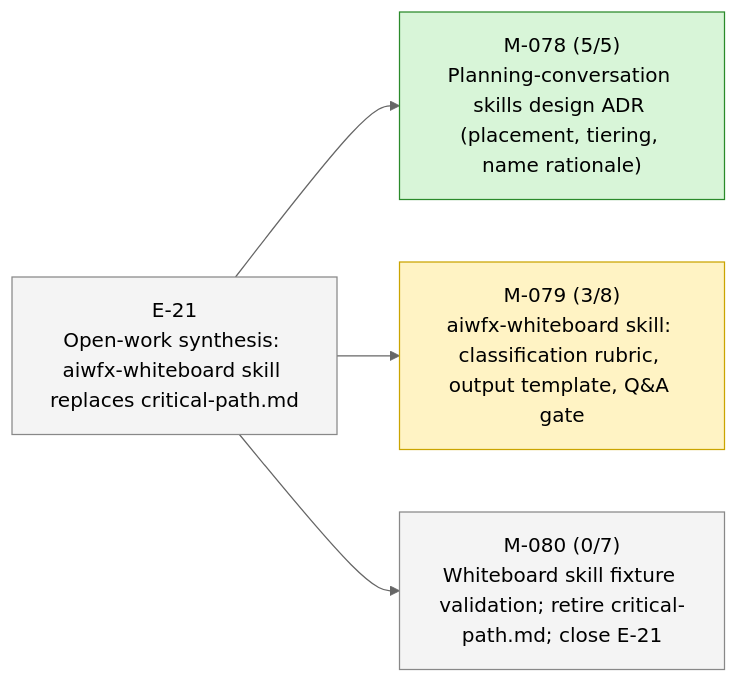
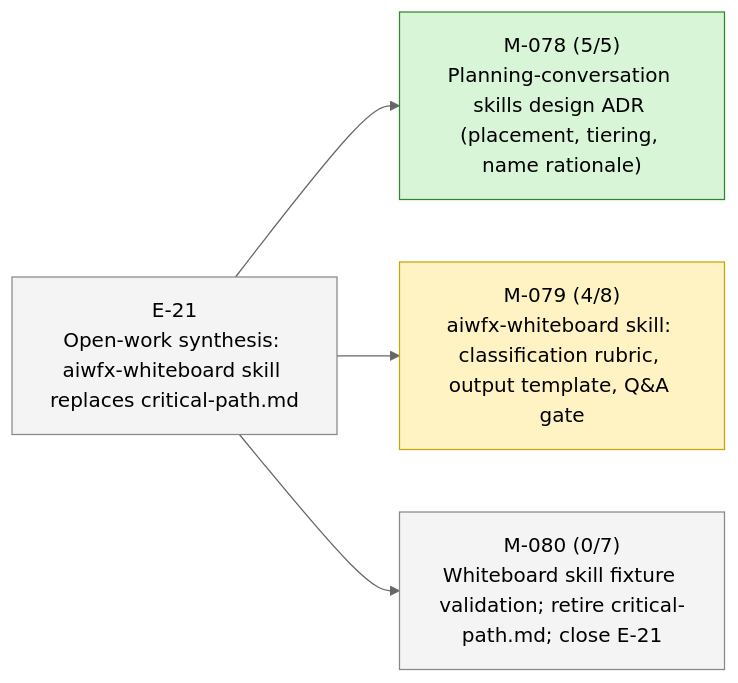
The second of 2 diagrams in STATUS.md (23min/aiwf), drawn with Mermaid (neutral theme) before and after one commit. The commit also changed other lines of this file and 1 other file, not shown here.

````diff
--- a/STATUS.md
+++ b/STATUS.md
@@ -47,16 +47,16 @@
 ```mermaid
 flowchart LR
   E_21["E-21<br/>Open-work synthesis: aiwfx-whiteboard skill replaces critical-path.md"]:::epic_proposed
   M_078["M-078 (5/5)<br/>Planning-conversation skills design ADR (placement, tiering, name rationale)"]:::ms_done
   E_21 --> M_078
-  M_079["M-079 (3/8)<br/>aiwfx-whiteboard skill: classification rubric, output template, Q&A gate"]:::ms_in_progress
+  M_079["M-079 (4/8)<br/>aiwfx-whiteboard skill: classification rubric, output template, Q&A gate"]:::ms_in_progress
   E_21 --> M_079
   M_080["M-080 (0/7)<br/>Whiteboard skill fixture validation; retire critical-path.md; close E-21"]:::ms_draft
   E_21 --> M_080
   classDef epic_active fill:#d6eaff,stroke:#1a73e8,color:#000
   classDef epic_proposed fill:#f4f4f4,stroke:#888,color:#000
   classDef ms_done fill:#d8f5d8,stroke:#2a8a2a,color:#000
   classDef ms_in_progress fill:#fff3c4,stroke:#caa400,color:#000
   classDef ms_draft fill:#f4f4f4,stroke:#888,color:#000
   classDef ms_cancelled fill:#fbeaea,stroke:#c33,color:#000
 ```
````
